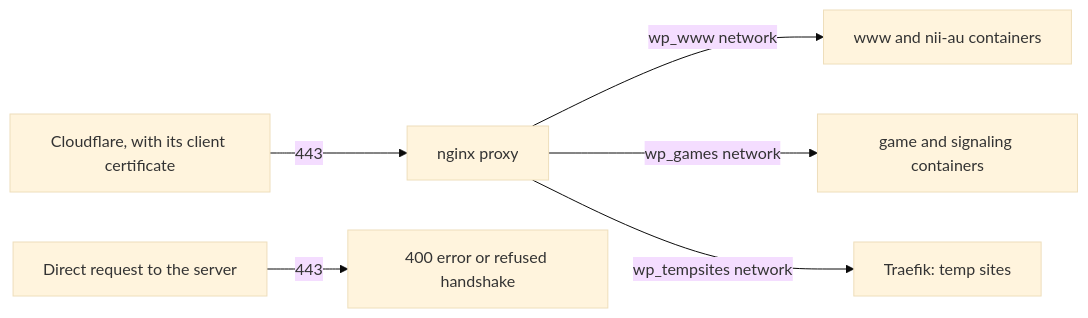
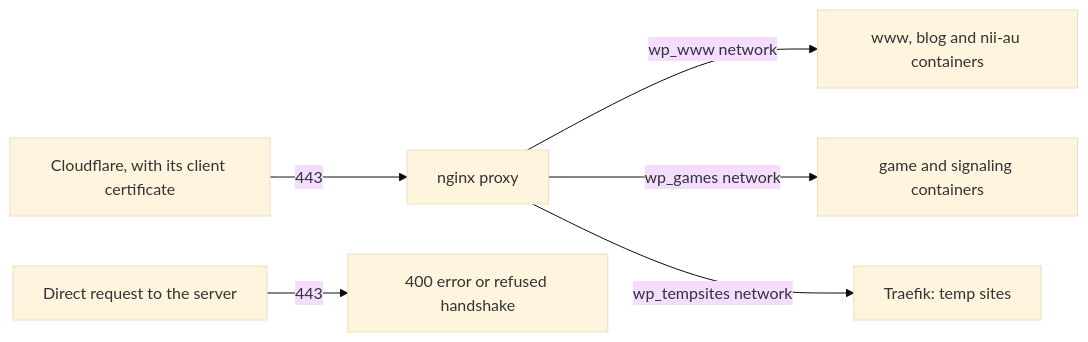
Before and after one commit to whenparty/whenparty: the diagram in infra/README.md, drawn with Mermaid (base theme). The commit also changed 57 other files, not shown here.

````diff
--- a/infra/README.md
+++ b/infra/README.md
@@ -7,8 +7,8 @@
 ```mermaid
 flowchart LR
   cloudflare["Cloudflare, with its client certificate"] -->|443| nginx[nginx proxy]
   direct[Direct request to the server] -->|443| reject["400 error or refused handshake"]
-  nginx -->|wp_www network| sites["www and nii-au containers"]
+  nginx -->|wp_www network| sites["www, blog and nii-au containers"]
   nginx -->|wp_games network| games["game and signaling containers"]
   nginx -->|wp_tempsites network| traefik["Traefik: temp sites"]
 ```
````
